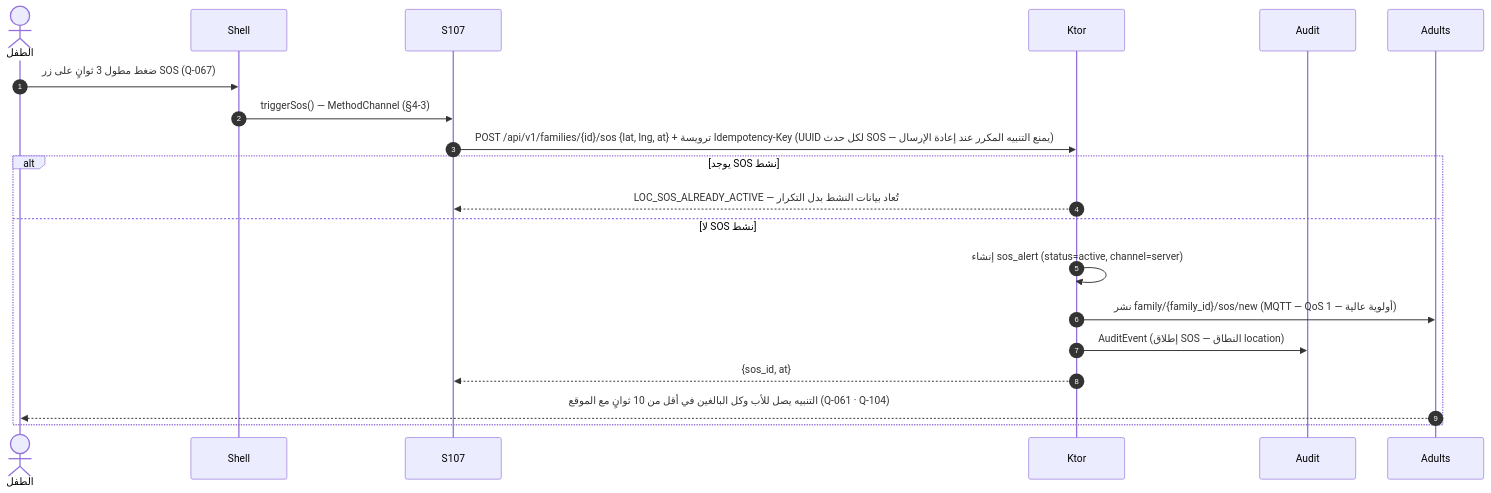
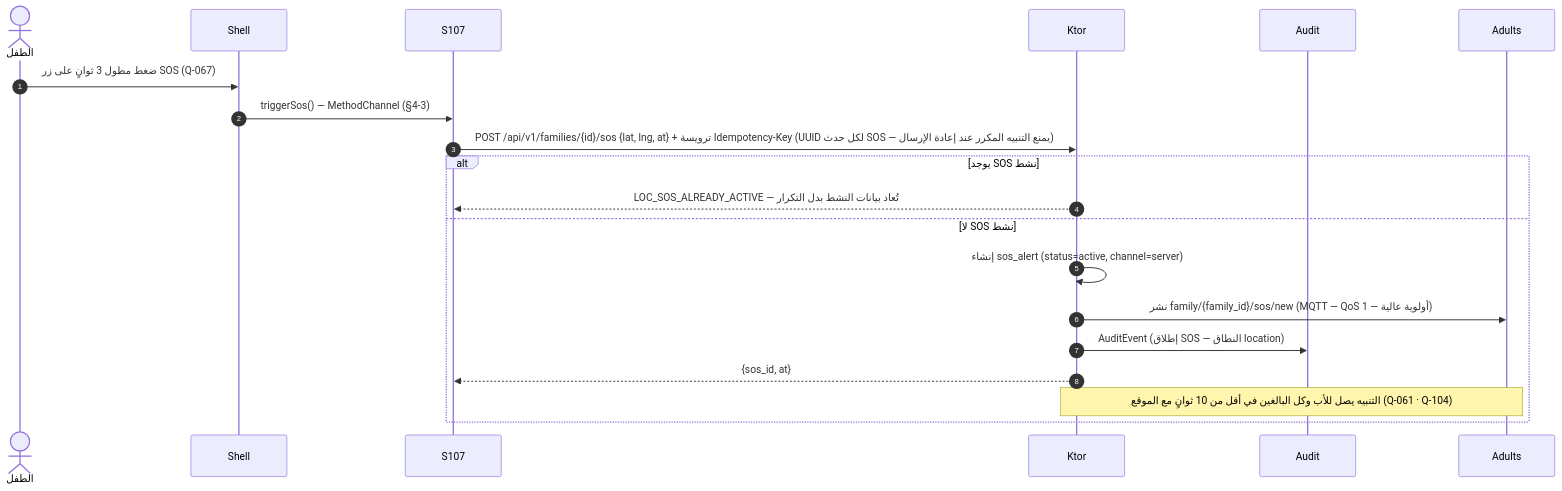
Before and after one commit to Bassam-mohammed-alqaeadi/family-os-v2: the fifth of 13 diagrams in docs/family-os/governance/phases/phase-1/S1-07-location-basic/DIAGRAMS.md, drawn with Mermaid. The commit also changed other lines of this file and 3 other files, not shown here.

````diff
--- a/docs/family-os/governance/phases/phase-1/S1-07-location-basic/DIAGRAMS.md
+++ b/docs/family-os/governance/phases/phase-1/S1-07-location-basic/DIAGRAMS.md
@@ -200,22 +217,22 @@
 ```mermaid
 sequenceDiagram
     autonumber
     actor Child as الطفل
     participant الغلاف as Shell
     participant الموقع as S107
     participant الخادم as Ktor
     participant التدقيق as Audit
     participant البالغون as Adults
     Child->>الغلاف: ضغط مطول 3 ثوانٍ على زر SOS (Q-067)
     الغلاف->>الموقع: triggerSos() — MethodChannel (§4-3)
     الموقع->>الخادم: POST /api/v1/families/{id}/sos {lat, lng, at} + ترويسة Idempotency-Key (UUID لكل حدث SOS — يمنع التنبيه المكرر عند إعادة الإرسال)
     alt يوجد SOS نشط
         الخادم-->>الموقع: LOC_SOS_ALREADY_ACTIVE — تُعاد بيانات النشط بدل التكرار
     else لا SOS نشط
         الخادم->>الخادم: إنشاء sos_alert (status=active, channel=server)
         الخادم->>البالغون: نشر family/{family_id}/sos/new (MQTT — QoS 1 — أولوية عالية)
         الخادم->>التدقيق: AuditEvent (إطلاق SOS — النطاق location)
         الخادم-->>الموقع: {sos_id, at}
-        البالغون-->>Child: التنبيه يصل للأب وكل البالغين في أقل من 10 ثوانٍ مع الموقع (Q-061 · Q-104)
+        Note over الخادم,البالغون: التنبيه يصل للأب وكل البالغين في أقل من 10 ثوانٍ مع الموقع (Q-061 · Q-104)
     end
 ```
````
